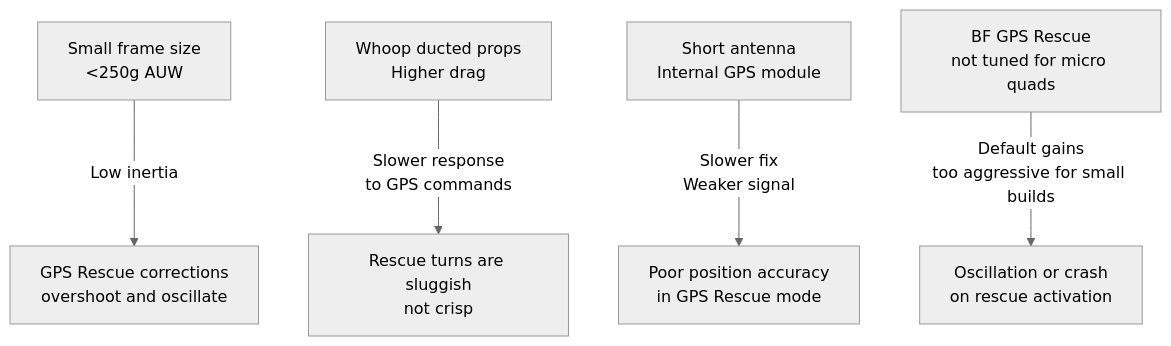
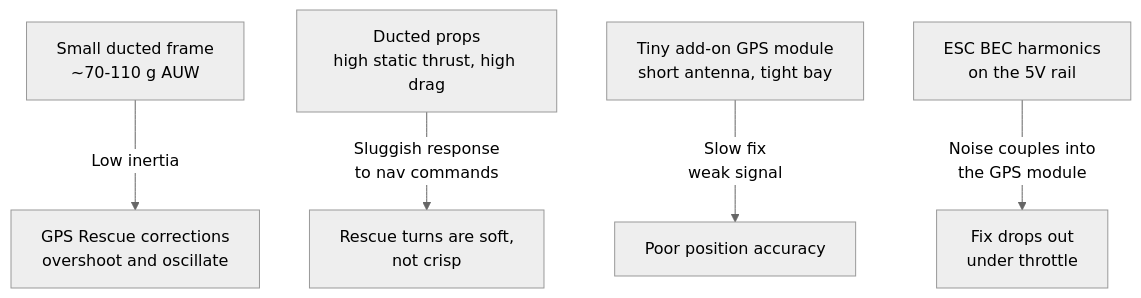
One commit to itohio/itohio.github.io changed the second of 3 diagrams in blog/content/snippets/fpv/reference/inav-vs-betaflight.lt.md. Above: the diagram before and after it, drawn with Mermaid (neutral theme). The commit also changed other lines of this file and 3 other files, not shown here.

````diff
--- a/blog/content/snippets/fpv/reference/inav-vs-betaflight.lt.md
+++ b/blog/content/snippets/fpv/reference/inav-vs-betaflight.lt.md
@@ -72,7 +72,7 @@
 ```mermaid
 flowchart TD
-    P1[Small frame size<br/><250g AUW] -->|Low inertia| C1[GPS Rescue corrections<br/>overshoot and oscillate]
-    P2[Whoop ducted props<br/>Higher drag] -->|Slower response<br/>to GPS commands| C2[Rescue turns are sluggish<br/>not crisp]
-    P3[Short antenna<br/>Internal GPS module] -->|Slower fix<br/>Weaker signal| C3[Poor position accuracy<br/>in GPS Rescue mode]
-    P4[BF GPS Rescue<br/>not tuned for micro quads] -->|Default gains<br/>too aggressive for small builds| C4[Oscillation or crash<br/>on rescue activation]
+    P1[Small ducted frame<br/>~70-110 g AUW] -->|Low inertia| C1[GPS Rescue corrections<br/>overshoot and oscillate]
+    P2[Ducted props<br/>high static thrust, high drag] -->|Sluggish response<br/>to nav commands| C2[Rescue turns are soft,<br/>not crisp]
+    P3[Tiny add-on GPS module<br/>short antenna, tight bay] -->|Slow fix<br/>weak signal| C3[Poor position accuracy]
+    P4[ESC BEC harmonics<br/>on the 5V rail] -->|Noise couples into<br/>the GPS module| C4[Fix drops out<br/>under throttle]
 ```
````
